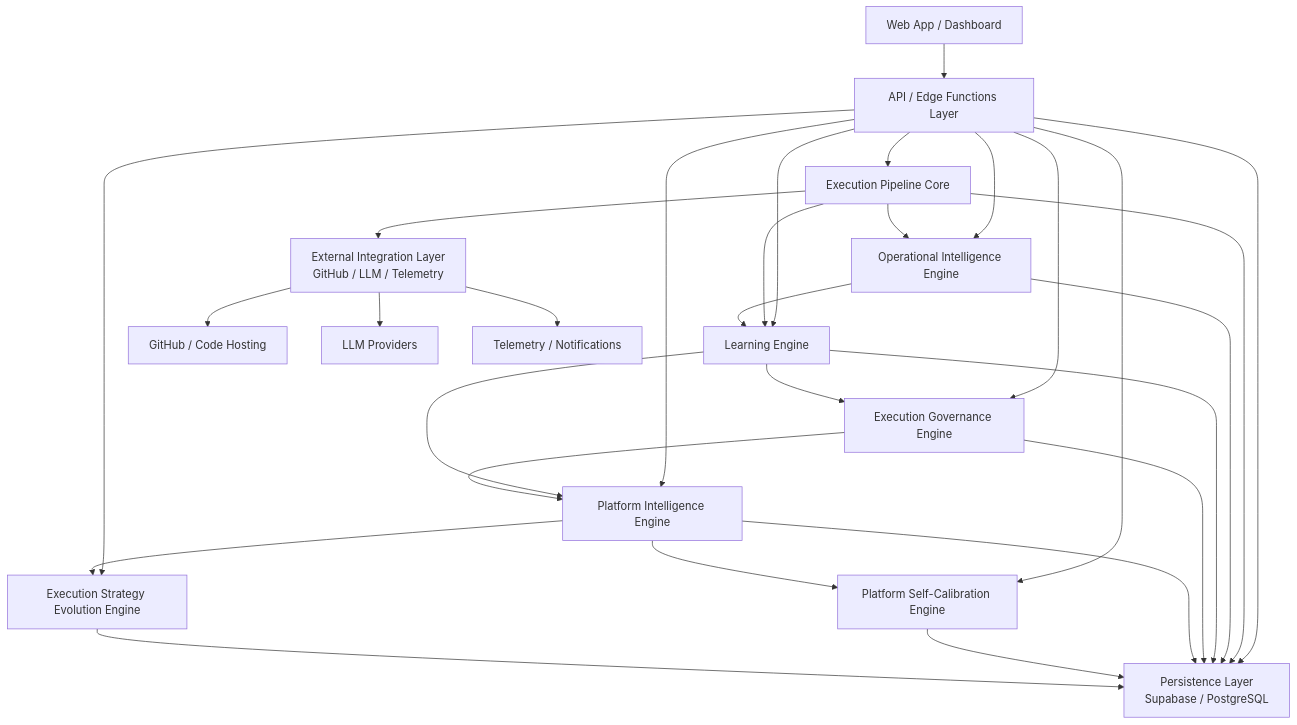
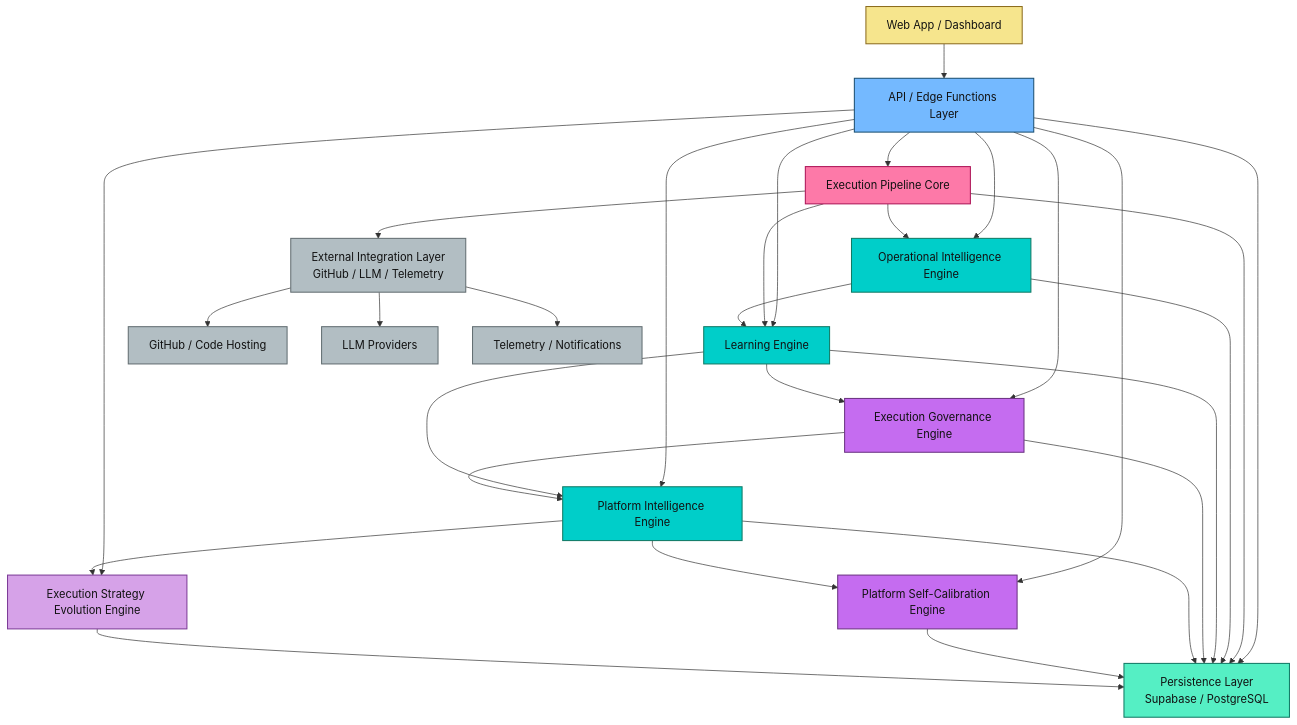
One commit to zansued/axionos changed the second of 10 diagrams in docs/ARCHITECTURE.md. Above: the diagram before and after it, drawn with Mermaid.

Commit message:
Preceding changes

````diff
--- a/docs/ARCHITECTURE.md
+++ b/docs/ARCHITECTURE.md
@@ -87,53 +87,62 @@
 ```mermaid
 flowchart TB
-    UI["Web App / Dashboard"]
-    API["API / Edge Functions Layer"]
+    UI["Web App / Dashboard"]:::human
+    API["API / Edge Functions Layer"]:::core
 
-    Core["Execution Pipeline Core"]
-    OI["Operational Intelligence Engine"]
-    Learn["Learning Engine"]
-    Gov["Execution Governance Engine"]
-    PI["Platform Intelligence Engine"]
-    Calib["Platform Self-Calibration Engine"]
-    Strat["Execution Strategy Evolution Engine"]
+    Core["Execution Pipeline Core"]:::runtime
+    OI["Operational Intelligence Engine"]:::intelligence
+    Learn["Learning Engine"]:::intelligence
+    Gov["Execution Governance Engine"]:::governance
+    PI["Platform Intelligence Engine"]:::intelligence
+    Calib["Platform Self-Calibration Engine"]:::governance
+    Strat["Execution Strategy Evolution Engine"]:::strategic
 
-    Data["Persistence Layer\nSupabase / PostgreSQL"]
-    Ext["External Integration Layer\nGitHub / LLM / Telemetry"]
+    Data["Persistence Layer\nSupabase / PostgreSQL"]:::data
+    Ext["External Integration Layer\nGitHub / LLM / Telemetry"]:::external
 
     UI --> API
 
     API --> Core
     API --> OI
     API --> Learn
     API --> Gov
     API --> PI
     API --> Calib
     API --> Strat
     API --> Data
 
     Core --> OI
     Core --> Learn
     Core --> Data
     Core --> Ext
 
     OI --> Learn
     OI --> Data
 
     Learn --> Gov
     Learn --> PI
     Learn --> Data
 
     Gov --> PI
     Gov --> Data
 
     PI --> Calib
     PI --> Strat
     PI --> Data
 
     Calib --> Data
     Strat --> Data
 
-    Ext --> GitHub["GitHub / Code Hosting"]
-    Ext --> Models["LLM Providers"]
-    Ext --> Telemetry["Telemetry / Notifications"]
+    Ext --> GitHub["GitHub / Code Hosting"]:::external
+    Ext --> Models["LLM Providers"]:::external
+    Ext --> Telemetry["Telemetry / Notifications"]:::external
+
+    classDef human fill:#F6E58D,stroke:#8C6D1F,color:#111,stroke-width:1.5px;
+    classDef core fill:#74B9FF,stroke:#1B4F72,color:#111,stroke-width:1.5px;
+    classDef governance fill:#C56CF0,stroke:#6C3483,color:#111,stroke-width:1.5px;
+    classDef intelligence fill:#00CEC9,stroke:#117A65,color:#111,stroke-width:1.5px;
+    classDef runtime fill:#FD79A8,stroke:#AD1457,color:#111,stroke-width:1.5px;
+    classDef strategic fill:#D6A2E8,stroke:#7D3C98,color:#111,stroke-width:1.5px;
+    classDef data fill:#55EFC4,stroke:#117A65,color:#111,stroke-width:1.5px;
+    classDef external fill:#B2BEC3,stroke:#636E72,color:#111,stroke-width:1.5px;
 ```
````
